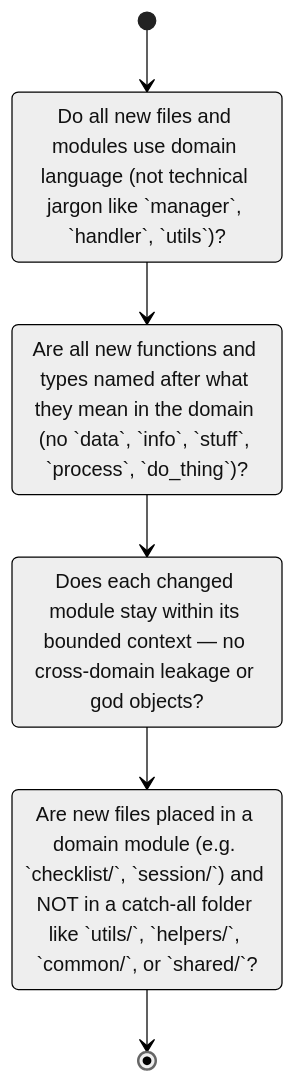
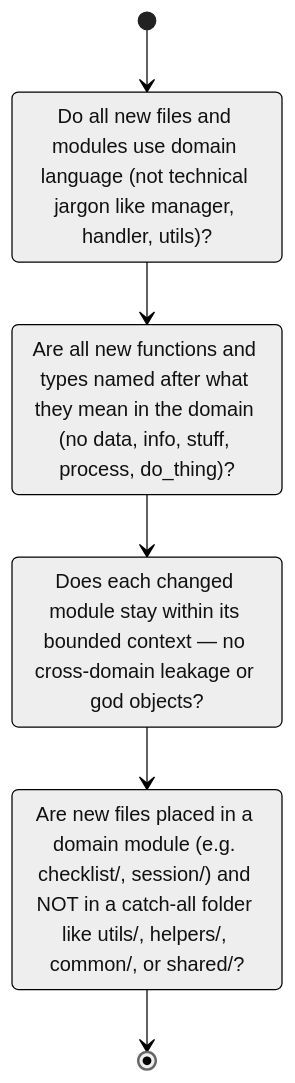
One commit to polyhook/steplock changed the diagram in .steplock/checklists/pre-commit/flow.mmd. Above: the diagram before and after it, drawn with Mermaid (neutral theme). The commit also changed 1 other file, not shown here.

Commit message:
fix: remove backticks from Mermaid state labels
Backticks in state descriptions cause a parse error in Mermaid's
stateDiagram-v2 renderer, and also break steplock's state machine
parser so checklist transitions are computed incorrectly.

Fix both pre-commit and pre-push flow.mmd files.

```diff
--- a/.steplock/checklists/pre-commit/flow.mmd
+++ b/.steplock/checklists/pre-commit/flow.mmd
@@ -1,21 +1,21 @@
 %% Domain-Driven Design (DDD) gate
 %%
 %% Core DDD principles enforced here:
 %%   - Ubiquitous Language: names must come from the domain model, not the implementation layer
 %%   - Bounded Context: each module owns its domain concepts; no leaking across context boundaries
 %%   - Strategic Design: avoid anemic models, god objects, and generic catch-all names
 %%
 %% Bad examples: UserManager, DataProcessor, InfoHelper, utils.rs, do_thing(), handle()
 %% Good examples: ChecklistGate, SessionState, HookEvent, cel_eval.rs, advance_state(), block_push()
 
 stateDiagram-v2
     [*] --> domain_names
     domain_names --> no_generic_names
     no_generic_names --> bounded_context
     bounded_context --> no_utils_folders
     no_utils_folders --> [*]
 
-    domain_names    : Do all new files and modules use domain language (not technical jargon like `manager`, `handler`, `utils`)?
-    no_generic_names: Are all new functions and types named after what they mean in the domain (no `data`, `info`, `stuff`, `process`, `do_thing`)?
+    domain_names    : Do all new files and modules use domain language (not technical jargon like manager, handler, utils)?
+    no_generic_names: Are all new functions and types named after what they mean in the domain (no data, info, stuff, process, do_thing)?
     bounded_context : Does each changed module stay within its bounded context — no cross-domain leakage or god objects?
-    no_utils_folders: Are new files placed in a domain module (e.g. `checklist/`, `session/`) and NOT in a catch-all folder like `utils/`, `helpers/`, `common/`, or `shared/`?
+    no_utils_folders: Are new files placed in a domain module (e.g. checklist/, session/) and NOT in a catch-all folder like utils/, helpers/, common/, or shared/?
```
